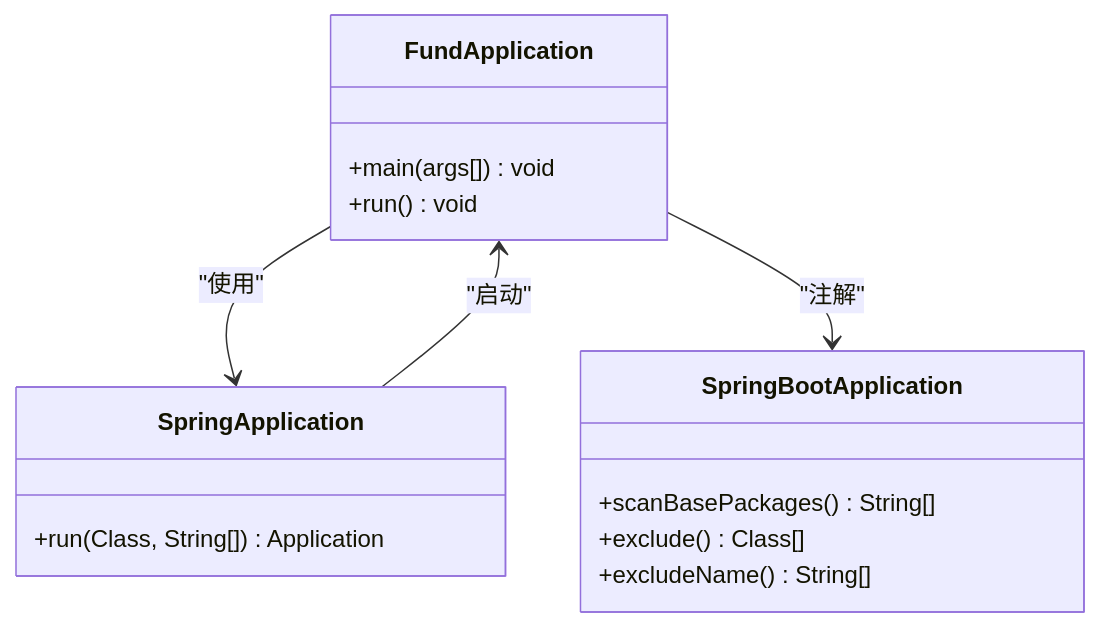
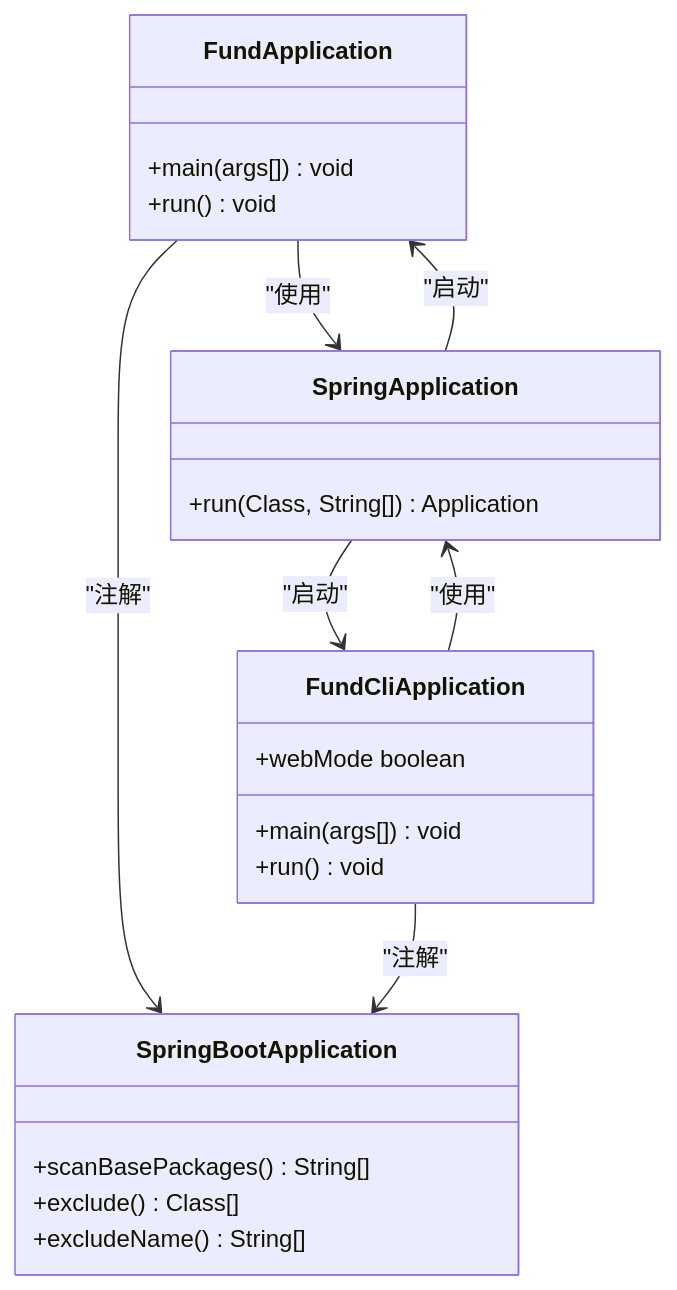
One commit to gree-coder/fund-butler changed the second of 7 diagrams in .qoder/repowiki/zh/content/部署指南.md. Above: the diagram before and after it, drawn with Mermaid. The commit also changed other lines of this file and 8 other files, not shown here.

````diff
--- a/.qoder/repowiki/zh/content/部署指南.md
+++ b/.qoder/repowiki/zh/content/部署指南.md
@@ -107,18 +116,26 @@
 ```mermaid
 classDiagram
 class FundApplication {
 +main(args[]) void
 +run() void
+}
+class FundCliApplication {
++main(args[]) void
++run() void
++webMode boolean
 }
 class SpringApplication {
 +run(Class, String[]) Application
 }
 class SpringBootApplication {
 +scanBasePackages() String[]
 +exclude() Class[]
 +excludeName() String[]
 }
 FundApplication --> SpringApplication : "使用"
 FundApplication --> SpringBootApplication : "注解"
+FundCliApplication --> SpringApplication : "使用"
+FundCliApplication --> SpringBootApplication : "注解"
 SpringApplication --> FundApplication : "启动"
+SpringApplication --> FundCliApplication : "启动"
 ```
````
